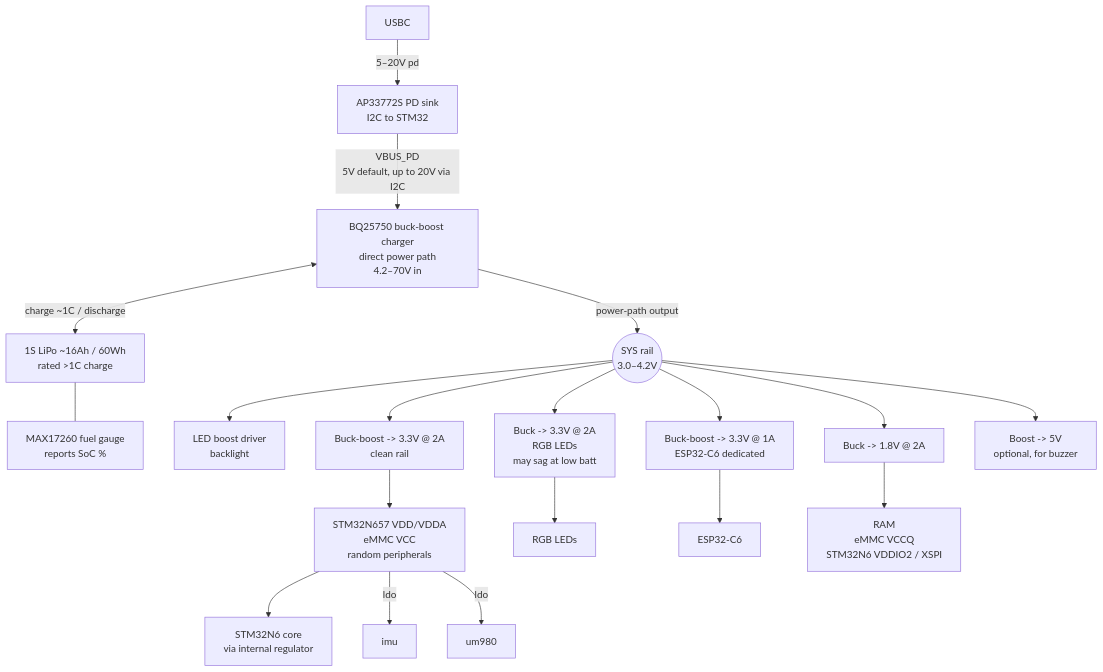
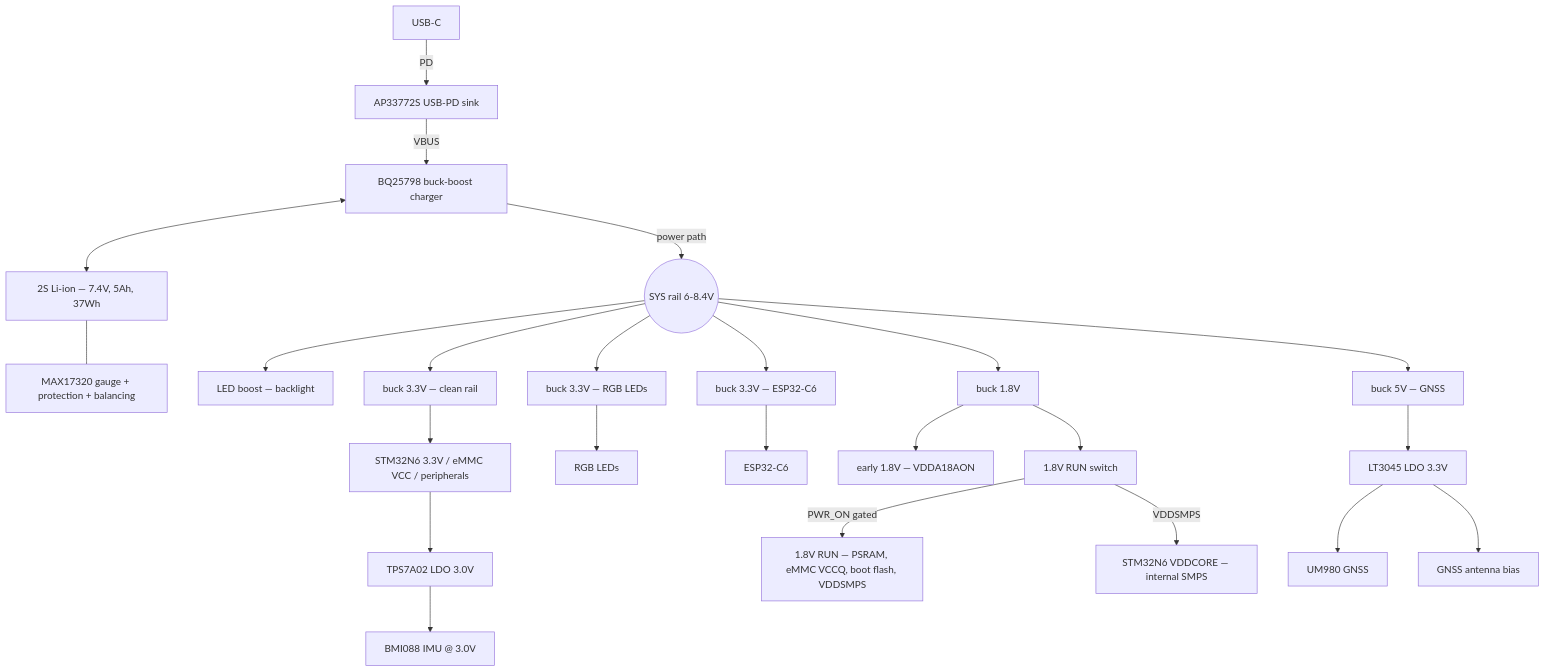
One commit to teehee567/Aevia changed the diagram in v2_design.md. Above: the diagram before and after it, drawn with Mermaid. The commit also changed other lines of this file and 20 other files, not shown here.

````diff
--- a/v2_design.md
+++ b/v2_design.md
@@ -71,44 +72,56 @@
 ```mermaid
 flowchart TD;
-    USB[USBC]
-    PD[AP33772S PD sink<br/>I2C to STM32]
-    BQ[BQ25750 buck-boost charger<br/>direct power path<br/>4.2–70V in]
-    BAT[1S LiPo ~16Ah / 60Wh<br/>rated >1C charge]
-    FG[MAX17260 fuel gauge<br/>reports SoC %]
-    SYS((SYS rail<br/>3.0–4.2V))
+    USB[USB-C]
+    PD[AP33772S USB-PD sink]
+    BQ[BQ25798 buck-boost charger]
+    BAT["2S Li-ion — 7.4V, 5Ah, 37Wh"]
+    BAT["2S Li-ion — 7.4V, 5Ah, 37Wh"]
+    FG[MAX17320 gauge + protection + balancing]
+    SYS(("SYS rail 6-8.4V"))
 
-    BL[LED boost driver<br/>backlight]
-    B33[Buck-boost -> 3.3V @ 2A<br/>clean rail]
-    B33L[Buck -> 3.3V @ 2A<br/>RGB LEDs<br/>may sag at low batt]
-    BESP[Buck-boost -> 3.3V @ 1A<br/>ESP32-C6 dedicated]
-    B18[Buck -> 1.8V @ 2A]
-    B5[Boost -> 5V<br/>optional, for buzzer]
+    BL[LED boost — backlight]
+    B33[buck 3.3V — clean rail]
+    B33L[buck 3.3V — RGB LEDs]
+    BESP[buck 3.3V — ESP32-C6]
+    B18[buck 1.8V]
+    S18[1.8V RUN switch]
+    B5[buck 5V — GNSS]
 
-    L33[STM32N657 VDD/VDDA<br/>eMMC VCC<br/>random peripherals]
+    L33["STM32N6 3.3V / eMMC VCC / peripherals"]
     LLED[RGB LEDs]
     LESP[ESP32-C6]
-    L18[RAM<br/>eMMC VCCQ<br/>STM32N6 VDDIO2 / XSPI]
-    CORE[STM32N6 core<br/>via internal regulator]
+    L18A[early 1.8V — VDDA18AON]
+    L18["1.8V RUN — PSRAM, eMMC VCCQ, boot flash, VDDSMPS"]
+    CORE[STM32N6 VDDCORE — internal SMPS]
+    GNSS[UM980 GNSS]
+    ANT[GNSS antenna bias]
+    IMU[BMI088 IMU @ 3.0V]
+    LDOG[LT3045 LDO 3.3V]
+    LDOI[TPS7A02 LDO 3.0V]
 
-    USB -->|5–20V pd| PD
-    PD -->|VBUS_PD<br/>5V default, up to 20V via I2C| BQ
-    BQ <-->|charge ~1C / discharge| BAT
+    USB -->|PD| PD
+    PD -->|VBUS| BQ
+    BQ <--> BAT
     BAT --- FG
-    BQ -->|power-path output| SYS
+    BQ -->|power path| SYS
 
     SYS --> BL
     SYS --> B33
     SYS --> B33L
     SYS --> BESP
     SYS --> B18
     SYS --> B5
 
     B33 --> L33
     B33L --> LLED
     BESP --> LESP
-    B18 --> L18
-    L33 --> CORE
-
-    L33 -->|ldo| imu
-    L33 -->|ldo| um980
+    B18 --> L18A
+    B18 --> S18
+    S18 -->|PWR_ON gated| L18
+    S18 -->|VDDSMPS| CORE
+    B5 --> LDOG
+    L33 --> LDOI
+    LDOG --> GNSS
+    LDOG --> ANT
+    LDOI --> IMU
 ```
````
